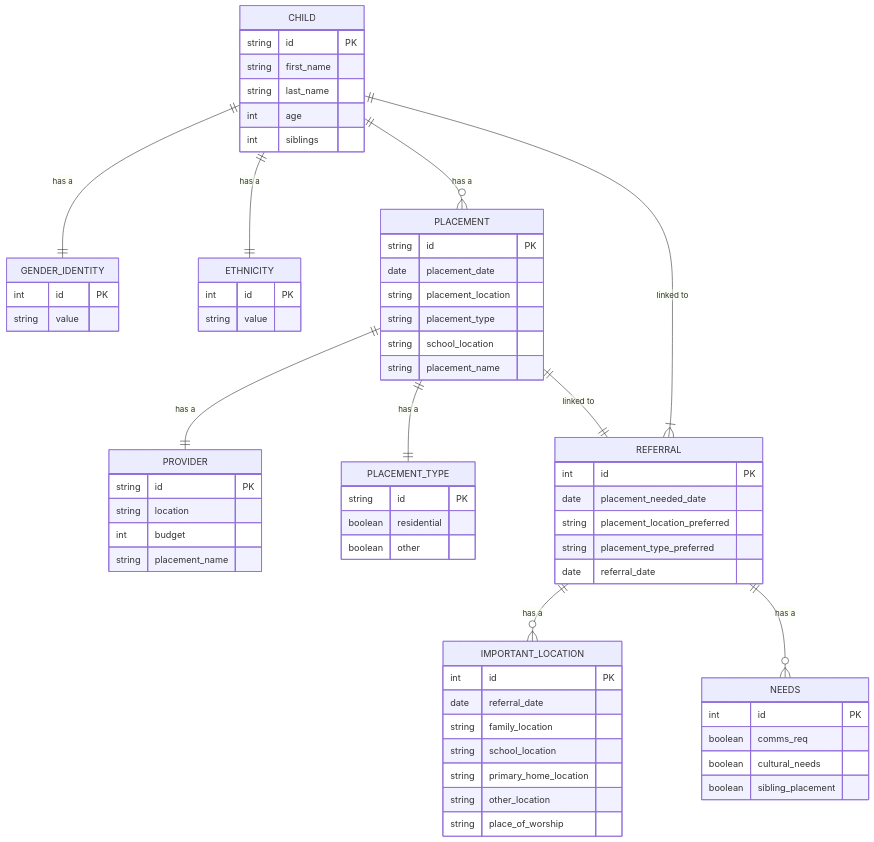
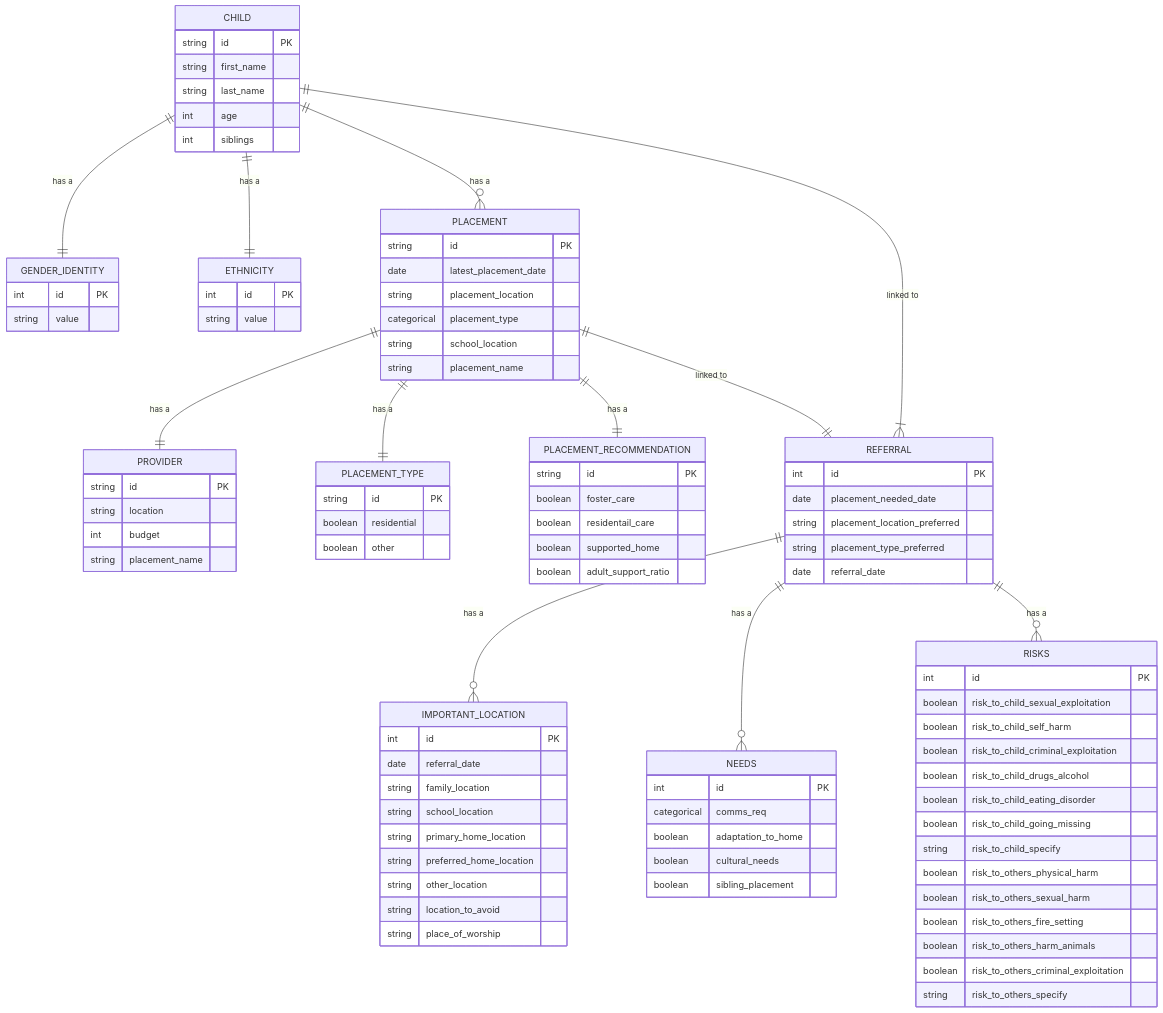
Before and after one commit to SocialFinanceDigitalLabs/sw-sufficiency-model: the diagram in README.md, drawn with Mermaid.

Commit message:
Update README.md
new form changes

````diff
--- a/README.md
+++ b/README.md
@@ -7,10 +7,12 @@
     CHILD ||--o{ PLACEMENT : "has a"
     PLACEMENT ||--|| PROVIDER : "has a"
     PLACEMENT ||--|| PLACEMENT_TYPE: "has a"
+    PLACEMENT ||--|| PLACEMENT_RECOMMENDATION: "has a"
     PLACEMENT ||--|| REFERRAL : "linked to"
     CHILD ||--|{ REFERRAL : "linked to"
     REFERRAL ||--o{ IMPORTANT_LOCATION : "has a"
     REFERRAL ||--o{ NEEDS : "has a"
+    REFERRAL ||--o{ RISKS : "has a"
     CHILD {
         string id PK
         string first_name
@@ -28,11 +30,18 @@
     }
     PLACEMENT {
         string id PK
-        date placement_date
+        date latest_placement_date
         string placement_location
-        string placement_type
+        categorical placement_type
         string school_location
         string placement_name
+    }
+    PLACEMENT_RECOMMENDATION {
+        string id PK
+        boolean foster_care
+        boolean residentail_care
+        boolean supported_home
+        boolean adult_support_ratio
     }
     PROVIDER {
         string id PK
@@ -58,13 +67,33 @@
         string family_location
         string school_location
         string primary_home_location
+        string preferred_home_location
         string other_location
+        string location_to_avoid
         string place_of_worship
     }
     NEEDS {
         int id PK
-        boolean comms_req
+        categorical comms_req
+        boolean adaptation_to_home
         boolean cultural_needs
         boolean sibling_placement
     }
+
+    RISKS {
+        int id PK
+        boolean risk_to_child_sexual_exploitation
+        boolean risk_to_child_self_harm
+        boolean risk_to_child_criminal_exploitation
+        boolean risk_to_child_drugs_alcohol
+        boolean risk_to_child_eating_disorder
+        boolean risk_to_child_going_missing
+        string risk_to_child_specify
+        boolean risk_to_others_physical_harm
+        boolean risk_to_others_sexual_harm
+        boolean risk_to_others_fire_setting
+        boolean risk_to_others_harm_animals
+        boolean risk_to_others_criminal_exploitation
+        string risk_to_others_specify
+    }
 ```
````
